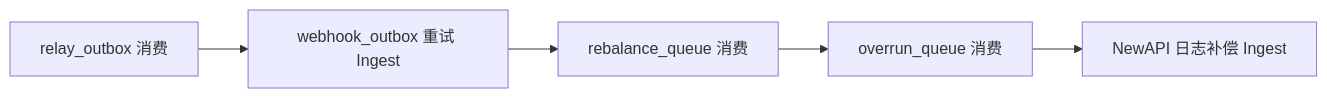
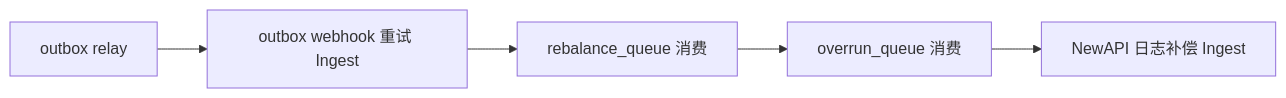
One commit to quyip8818/mytokenjoy changed the fourth of 5 diagrams in docs/Backend-预算运作.md. Above: the diagram before and after it, drawn with Mermaid. The commit also changed other lines of this file and 132 other files, not shown here.

````diff
--- a/docs/Backend-预算运作.md
+++ b/docs/Backend-预算运作.md
@@ -365,7 +365,7 @@
 ```mermaid
 flowchart LR
-  A[relay_outbox 消费] --> B[webhook_outbox 重试 Ingest]
+  A[outbox relay] --> B[outbox webhook 重试 Ingest]
   B --> C[rebalance_queue 消费]
   C --> D[overrun_queue 消费]
   D --> E[NewAPI 日志补偿 Ingest]
 ```
````
